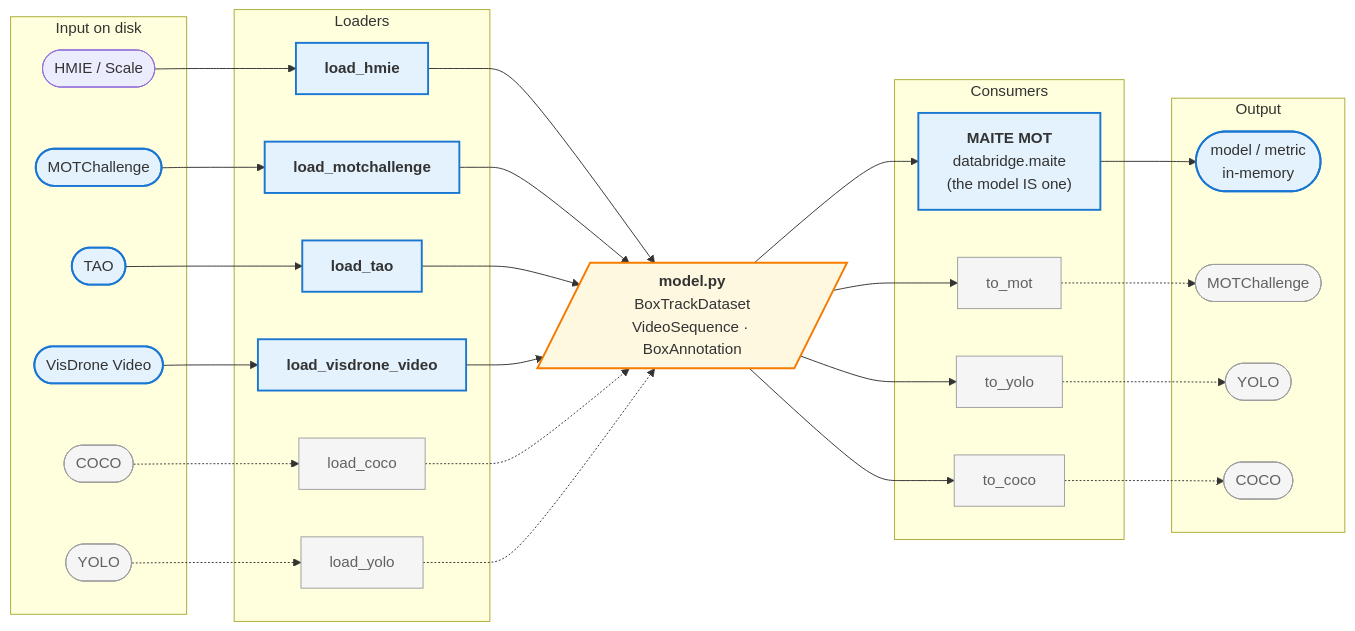
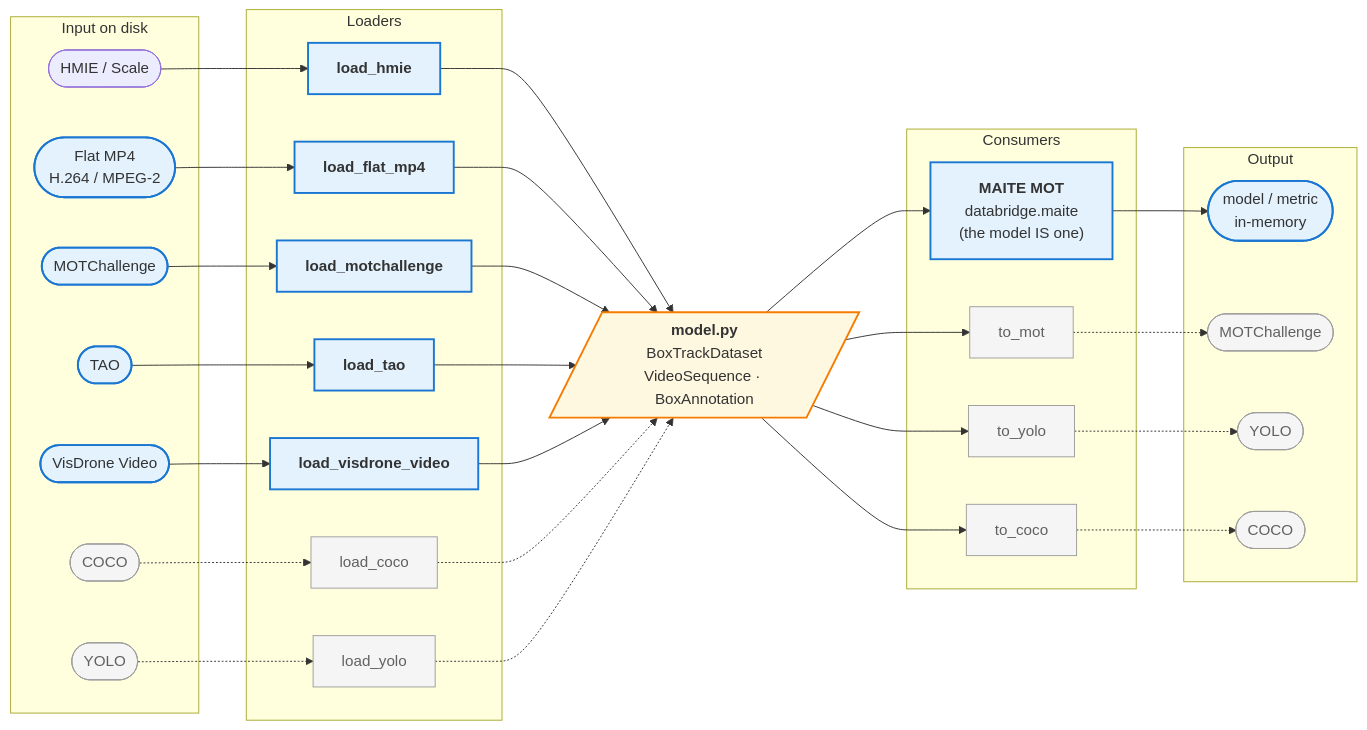
One commit to openteams-ai/datamaite changed the first of 8 diagrams in docs/architecture.md. Above: the diagram before and after it, drawn with Mermaid. The commit also changed other lines of this file and 7 other files, not shown here.

````diff
--- a/docs/architecture.md
+++ b/docs/architecture.md
@@ -29,65 +29,69 @@
 ```mermaid
 flowchart LR
     subgraph in [Input on disk]
         HMIE([HMIE / Scale])
+        MP4IN([Flat MP4<br/>H.264 / MPEG-2])
         MOTIN([MOTChallenge])
         TAOIN([TAO])
         VISIN([VisDrone Video])
         COCOIN([COCO])
         YOLOIN([YOLO])
     end
 
     subgraph loaders [Loaders]
         LH["<b>load_hmie</b>"]
+        LF["<b>load_flat_mp4</b>"]
         LM["<b>load_motchallenge</b>"]
         LT["<b>load_tao</b>"]
         LV["<b>load_visdrone_video</b>"]
         LC["load_coco"]
         LY["load_yolo"]
     end
 
     HUB[/"<b>model.py</b><br/>BoxTrackDataset<br/>VideoSequence · BoxAnnotation"/]
 
     subgraph consumers [Consumers]
         MAITE["<b>MAITE MOT</b><br/>databridge.maite<br/>(the model IS one)"]
         TM["to_mot"]
         TY["to_yolo"]
         TC["to_coco"]
     end
 
     subgraph out [Output]
         MAITEOUT([model / metric<br/>in-memory])
         MOTOUT([MOTChallenge])
         YOLOUT([YOLO])
         COCOUT([COCO])
     end
 
     HMIE --> LH
+    MP4IN --> LF
     MOTIN --> LM
     TAOIN --> LT
     VISIN --> LV
     COCOIN -.-> LC
     YOLOIN -.-> LY
     LH --> HUB
+    LF --> HUB
     LM --> HUB
     LT --> HUB
     LV --> HUB
     LC -.-> HUB
     LY -.-> HUB
     HUB --> MAITE
     HUB --> TM
     HUB --> TY
     HUB --> TC
     MAITE --> MAITEOUT
     TM -.-> MOTOUT
     TY -.-> YOLOUT
     TC -.-> COCOUT
 
     classDef hub fill:#fff8e1,stroke:#f57c00,stroke-width:2px;
     classDef impl fill:#e3f2fd,stroke:#1976d2,stroke-width:2px;
     classDef planned fill:#f5f5f5,stroke:#9e9e9e,color:#616161;
     class HUB hub;
-    class LH,LM,LT,LV,MAITE impl;
-    class MAITEOUT,MOTIN,TAOIN,VISIN impl;
+    class LH,LF,LM,LT,LV,MAITE impl;
+    class MAITEOUT,MP4IN,MOTIN,TAOIN,VISIN impl;
     class LC,LY,TM,TY,TC,COCOIN,YOLOIN,MOTOUT,YOLOUT,COCOUT planned;
 ```
````
